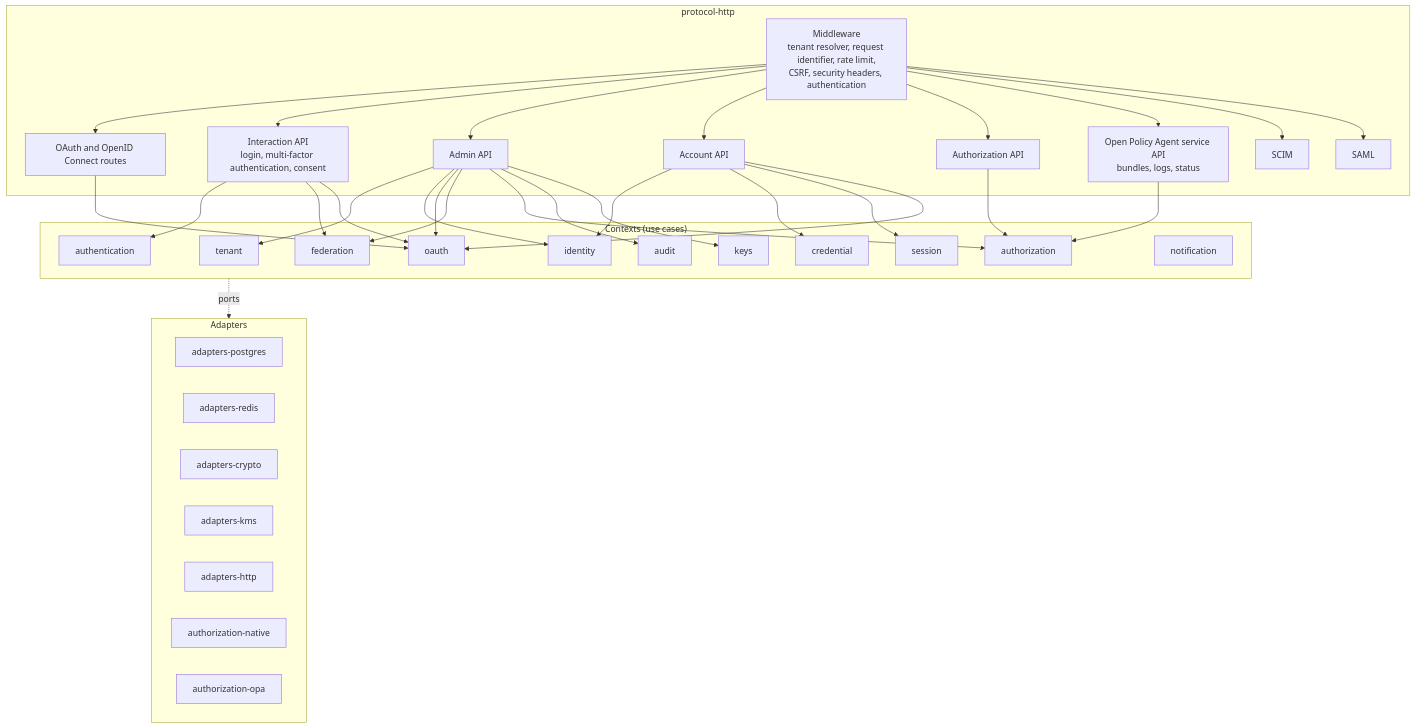
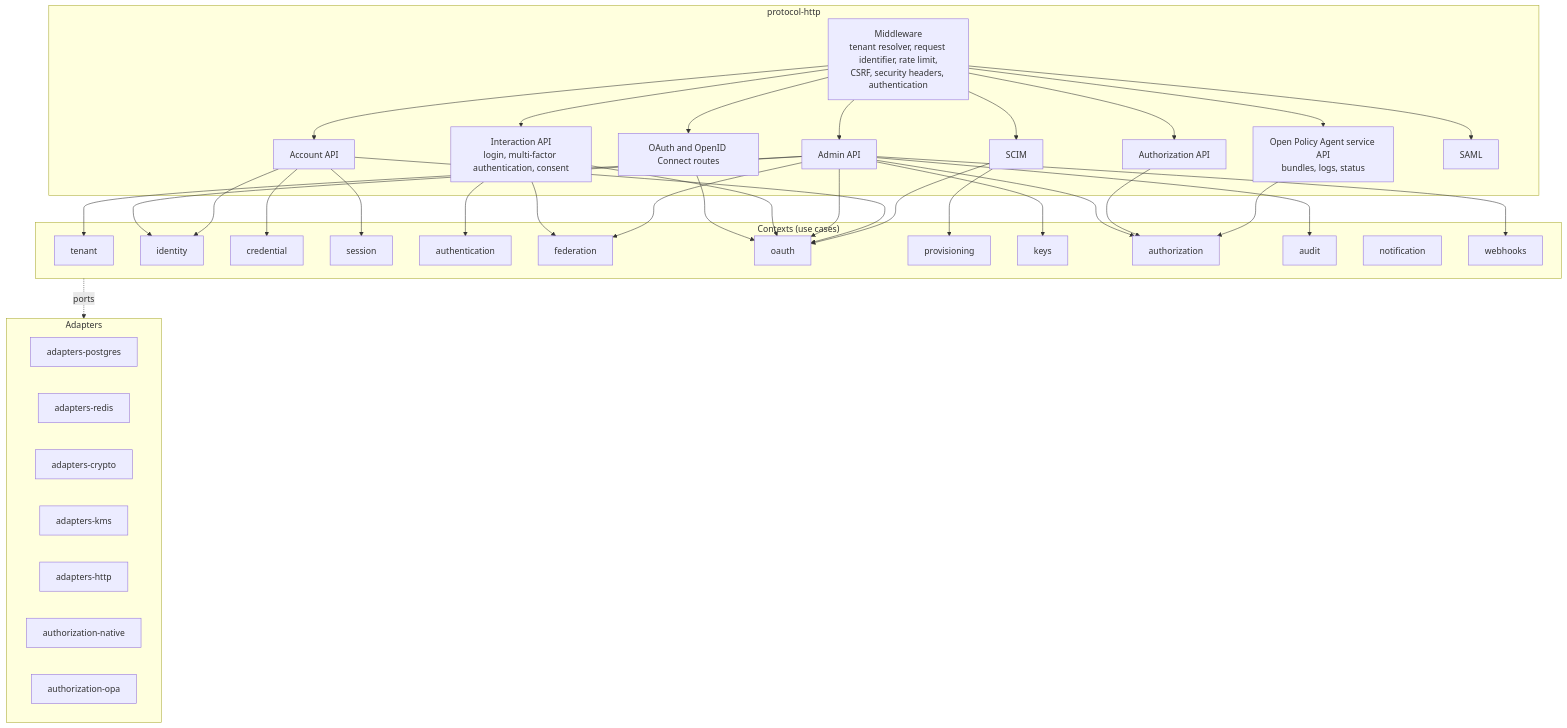
One commit to ortisun/hodor changed the third of 5 diagrams in docs/architecture/overview.md. Above: the diagram before and after it, drawn with Mermaid. The commit also changed other lines of this file and 485 other files, not shown here.

````diff
--- a/docs/architecture/overview.md
+++ b/docs/architecture/overview.md
@@ -108,47 +108,50 @@
 ```mermaid
 flowchart TB
     subgraph protocolHttp["protocol-http"]
         middleware["Middleware<br/>tenant resolver, request identifier, rate limit,<br/>CSRF, security headers, authentication"]
         oauthRoutes["OAuth and OpenID Connect routes"]
         interactionRoutes["Interaction API<br/>login, multi-factor authentication, consent"]
         adminRoutes["Admin API"]
         accountRoutes["Account API"]
         authorizationRoutes["Authorization API"]
         policyAgentRoutes["Open Policy Agent service API<br/>bundles, logs, status"]
         scimRoutes["SCIM"]
         samlRoutes["SAML"]
     end
 
     subgraph contexts["Contexts (use cases)"]
         tenant
         identity
         credential
         session
         authentication
         federation
         oauth
+        provisioning
         keys
         authorization
         audit
         notification
+        webhooks
     end
 
     subgraph adapters["Adapters"]
         adaptersPostgres["adapters-postgres"]
         adaptersRedis["adapters-redis"]
         adaptersCrypto["adapters-crypto"]
         adaptersKeyService["adapters-kms"]
         adaptersHttp["adapters-http"]
         authorizationNative["authorization-native"]
         authorizationPolicyAgent["authorization-opa"]
     end
 
     middleware --> oauthRoutes & interactionRoutes & adminRoutes & accountRoutes & authorizationRoutes & policyAgentRoutes & scimRoutes & samlRoutes
     oauthRoutes --> oauth
     interactionRoutes --> authentication & federation & oauth
-    adminRoutes --> tenant & identity & oauth & federation & authorization & audit & keys
+    adminRoutes --> tenant & identity & oauth & federation & authorization & audit & keys & webhooks
     accountRoutes --> identity & credential & session & oauth
     authorizationRoutes --> authorization
     policyAgentRoutes --> authorization
+    scimRoutes --> provisioning & oauth
     contexts -. "ports" .-> adapters
 ```
````
